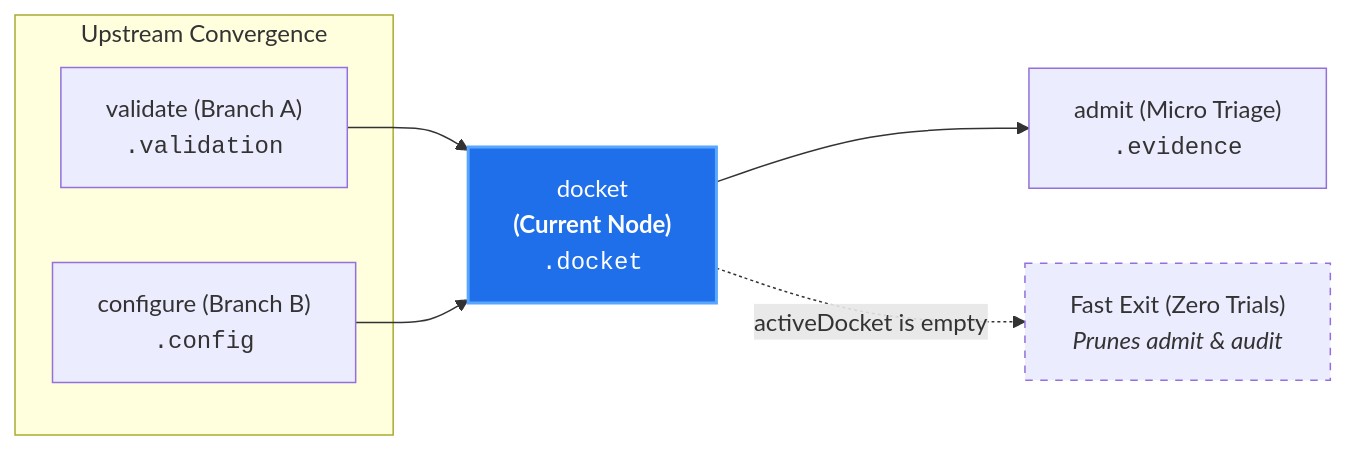
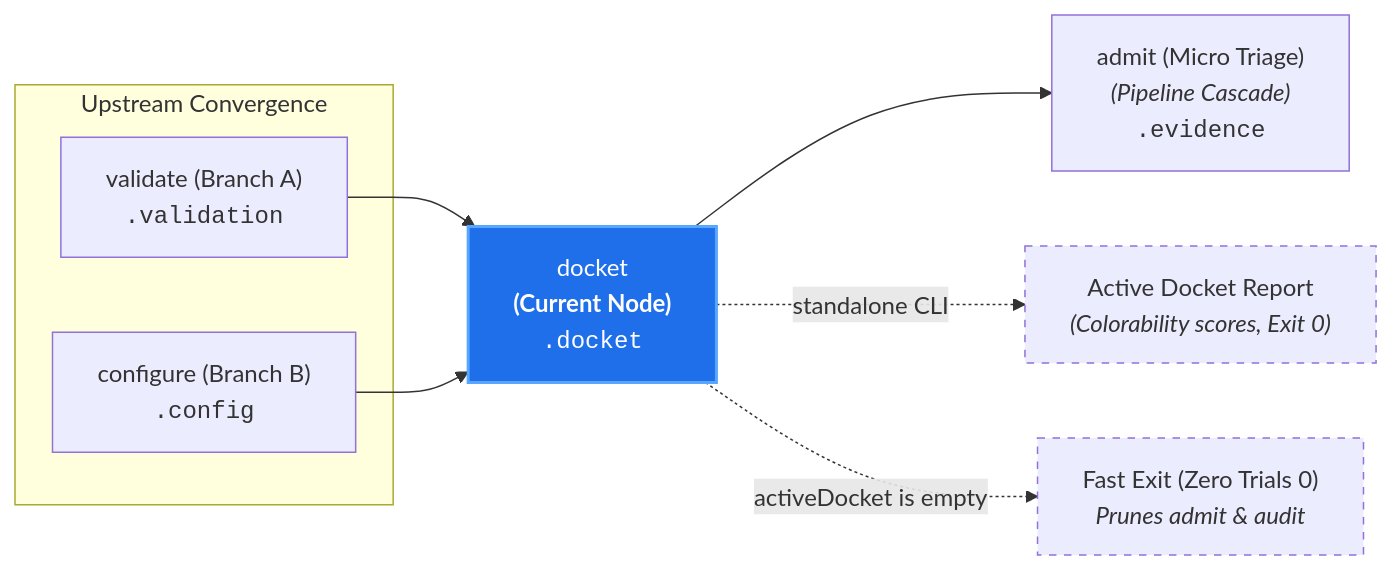
The diagram in docs/architecture/nodes/docket.md (PAIR-code/canon-clerk), drawn with Mermaid before and after one commit. The commit also changed 8 other files, not shown here.

Commit message:
docs(architecture): standardize localized node diagrams with standalone and exit paths

````diff
--- a/docs/architecture/nodes/docket.md
+++ b/docs/architecture/nodes/docket.md
@@ -22,15 +22,18 @@
 ```mermaid
 flowchart LR
     subgraph Upstream["Upstream Convergence"]
         Validate["validate (Branch A)<br/><code>.validation</code>"]
         Config["configure (Branch B)<br/><code>.config</code>"]
     end
 
     Validate --> Docket["docket<br/><b>(Current Node)</b><br/><code>.docket</code>"]
     Config --> Docket
-    Docket --> Admit["admit (Micro Triage)<br/><code>.evidence</code>"]
-    Docket -. "activeDocket is empty" .-> ZeroCases["Fast Exit (Zero Trials)<br/><i>Prunes admit & audit</i>"]
+
+    Docket --> Admit["admit (Micro Triage)<br/><i>(Pipeline Cascade)</i><br/><code>.evidence</code>"]
+    Docket -. "standalone CLI" .-> DocketReport["Active Docket Report<br/><i>(Colorability scores, Exit 0)</i>"]
+    Docket -. "activeDocket is empty" .-> ZeroCases["Fast Exit (Zero Trials 0)<br/><i>Prunes admit & audit</i>"]
 
     style Docket fill:#1f6feb,stroke:#58a6ff,stroke-width:2px,color:#fff
+    style DocketReport stroke-dasharray: 5 5
     style ZeroCases stroke-dasharray: 5 5
 ```
````
